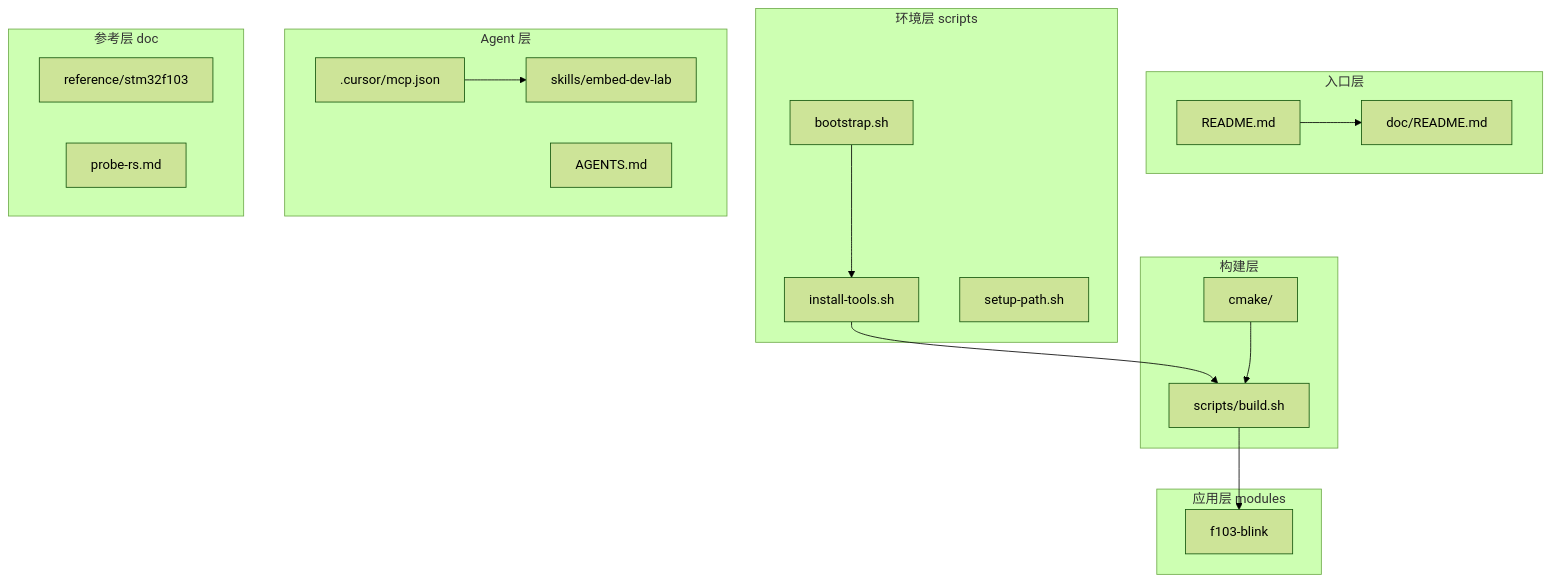
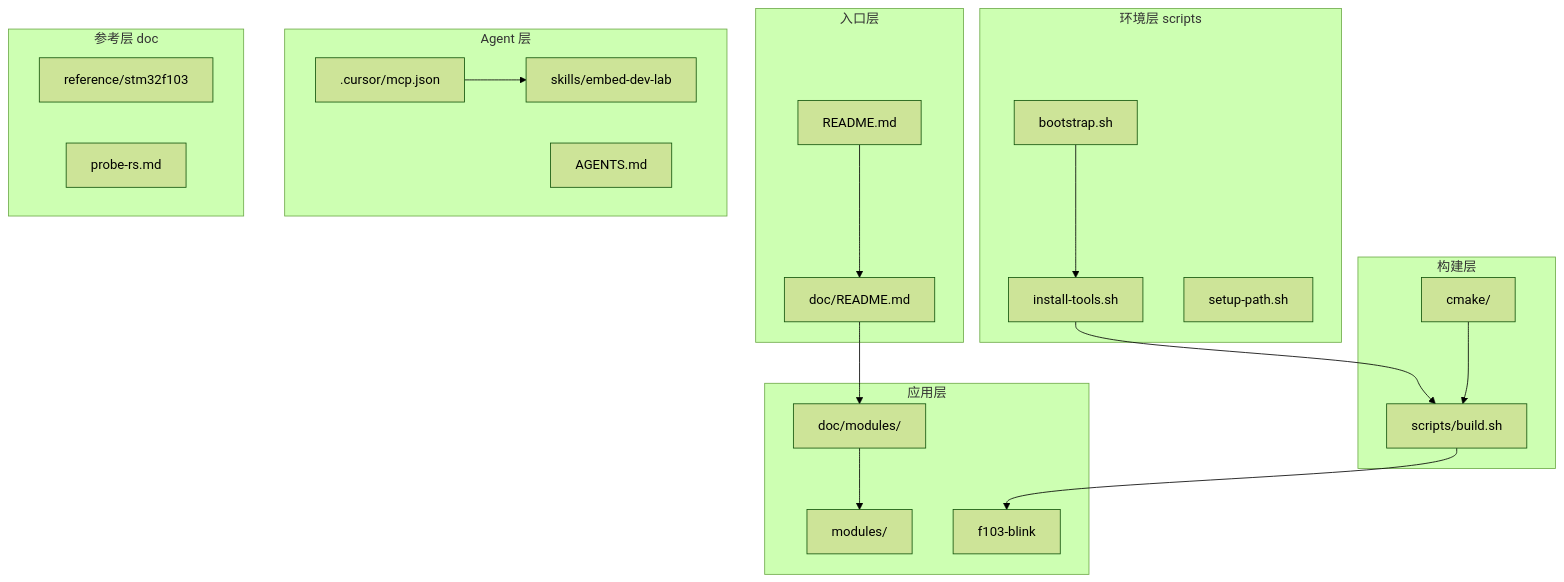
One commit to xiaolitongxue666/embed-dev-lab changed the diagram in README.md. Above: the diagram before and after it, drawn with Mermaid (forest theme). The commit also changed other lines of this file and 18 other files, not shown here.

First line of the commit message:
Reorganize application docs under doc/modules and refresh project index.

````diff
--- a/README.md
+++ b/README.md
@@ -33,32 +33,36 @@
 ```mermaid
 flowchart TB
   subgraph entry [入口层]
     Readme[README.md]
     DocIndex[doc/README.md]
   end
-  subgraph app [应用层 modules]
+  subgraph app [应用层]
+    ModulesDir[modules/]
+    DocModules[doc/modules/]
     F103[f103-blink]
   end
   subgraph build [构建层]
     Cmake[cmake/]
     BuildSh[scripts/build.sh]
   end
   subgraph env [环境层 scripts]
     Bootstrap[bootstrap.sh]
     Install[install-tools.sh]
     Path[setup-path.sh]
   end
   subgraph agent [Agent 层]
     CursorMcp[.cursor/mcp.json]
     Skills[skills/embed-dev-lab]
     AgentsMd[AGENTS.md]
   end
   subgraph ref [参考层 doc]
     StDocs[reference/stm32f103]
     ProbeDoc[probe-rs.md]
   end
   Readme --> DocIndex
+  DocIndex --> DocModules
+  DocModules --> ModulesDir
   Bootstrap --> Install --> BuildSh --> F103
   Cmake --> BuildSh
   CursorMcp --> Skills
 ```
````
